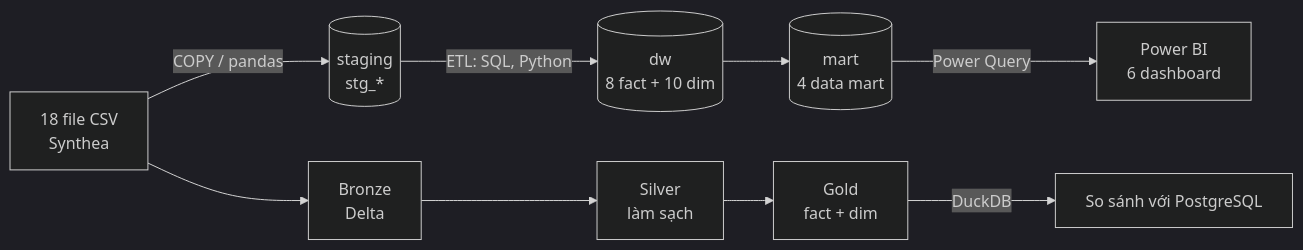
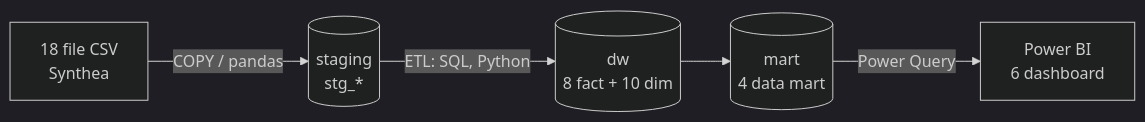
The first of 2 diagrams in README.md (chiphuoc19471/DATA_WAREHOUSE_GROUP_5_HEALTHCARE), drawn with Mermaid (dark theme) before and after one commit. The commit also changed other lines of this file and 2 other files, not shown here.

````diff
--- a/README.md
+++ b/README.md
@@ -33,11 +33,7 @@
 ```mermaid
 flowchart LR
     A[18 file CSV<br/>Synthea] -->|COPY / pandas| B[(staging<br/>stg_*)]
     B -->|ETL: SQL, Python| C[(dw<br/>8 fact + 10 dim)]
     C --> D[(mart<br/>4 data mart)]
     D -->|Power Query| E[Power BI<br/>6 dashboard]
-    A --> F[Bronze<br/>Delta]
-    F --> G[Silver<br/>làm sạch]
-    G --> H[Gold<br/>fact + dim]
-    H -->|DuckDB| I[So sánh với PostgreSQL]
 ```
````
